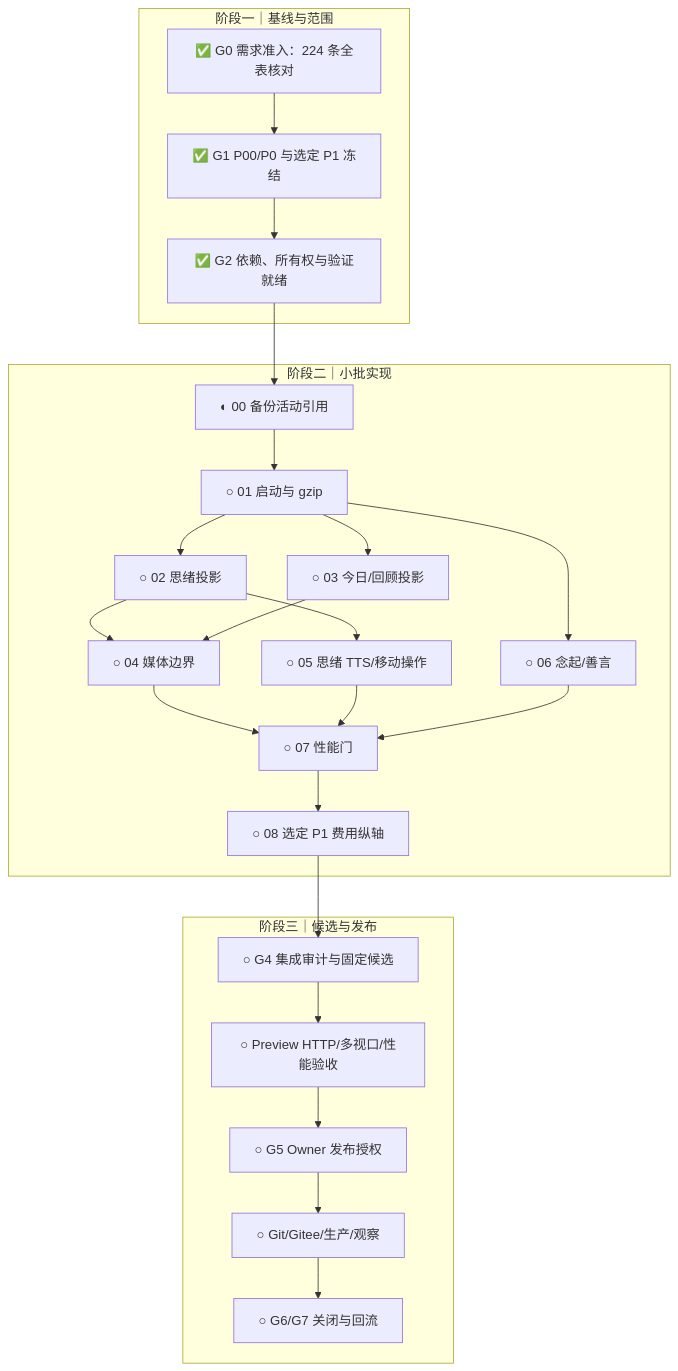
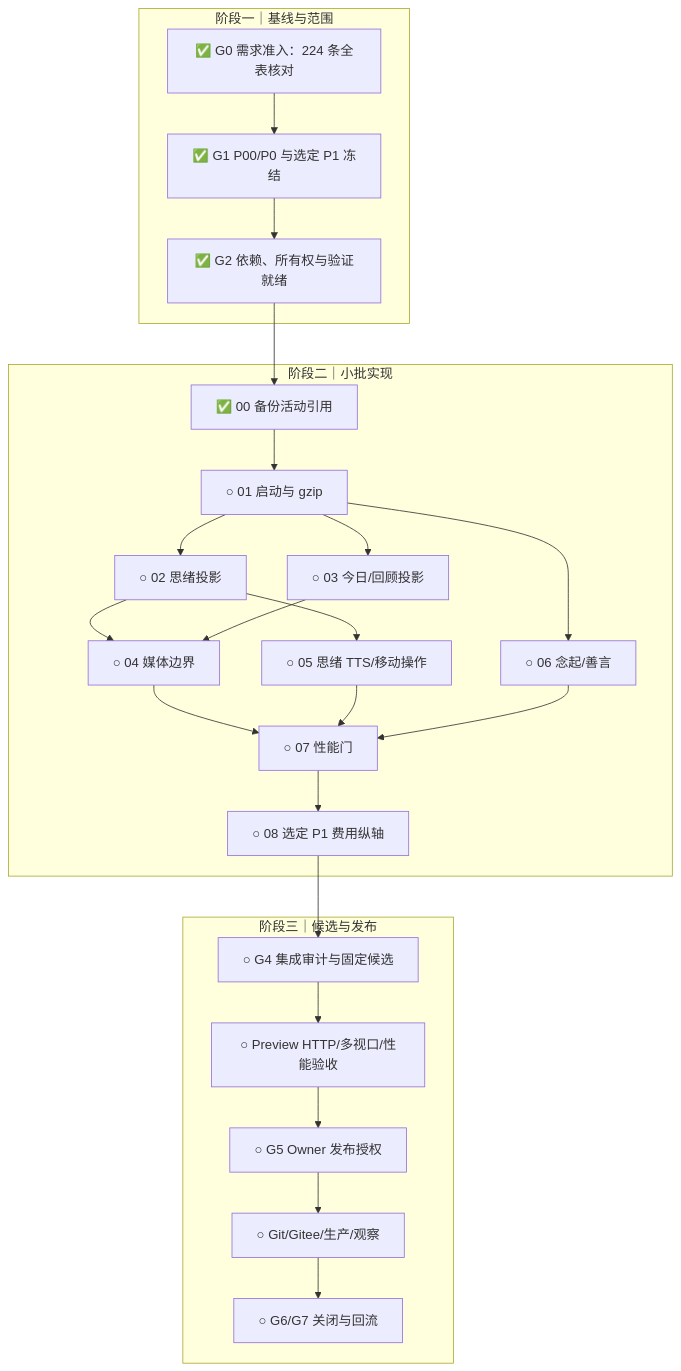
The diagram in reports/iteration-plan-v0.5.7-2026-10-04.md (77Liu/for-now), drawn with Mermaid before and after one commit. The commit also changed other lines of this file and 1 other file, not shown here.

````diff
--- a/reports/iteration-plan-v0.5.7-2026-10-04.md
+++ b/reports/iteration-plan-v0.5.7-2026-10-04.md
@@ -218,28 +229,28 @@
 ```mermaid
 flowchart TD
   subgraph BASE["阶段一｜基线与范围"]
     A["✅ G0 需求准入：224 条全表核对"] --> B["✅ G1 P00/P0 与选定 P1 冻结"]
     B --> C["✅ G2 依赖、所有权与验证就绪"]
   end
   subgraph BUILD["阶段二｜小批实现"]
-    C --> D["◐ 00 备份活动引用"]
+    C --> D["✅ 00 备份活动引用"]
     D --> E["○ 01 启动与 gzip"]
     E --> F["○ 02 思绪投影"]
     E --> G["○ 03 今日/回顾投影"]
     F --> H["○ 04 媒体边界"]
     G --> H
     F --> I["○ 05 思绪 TTS/移动操作"]
     E --> J["○ 06 念起/善言"]
     H --> K["○ 07 性能门"]
     I --> K
     J --> K
     K --> L["○ 08 选定 P1 费用纵轴"]
   end
   subgraph RELEASE["阶段三｜候选与发布"]
     L --> M["○ G4 集成审计与固定候选"]
     M --> N["○ Preview HTTP/多视口/性能验收"]
     N --> O["○ G5 Owner 发布授权"]
     O --> P["○ Git/Gitee/生产/观察"]
     P --> Q["○ G6/G7 关闭与回流"]
   end
 ```
````
